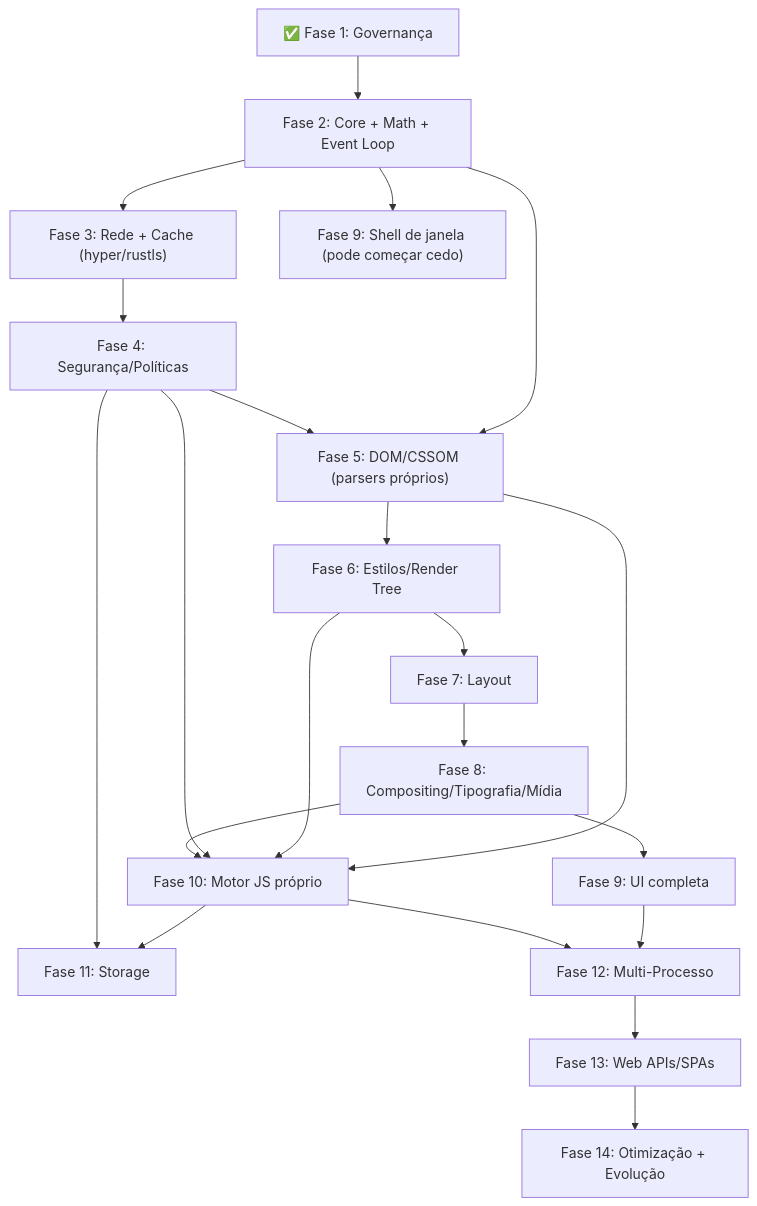
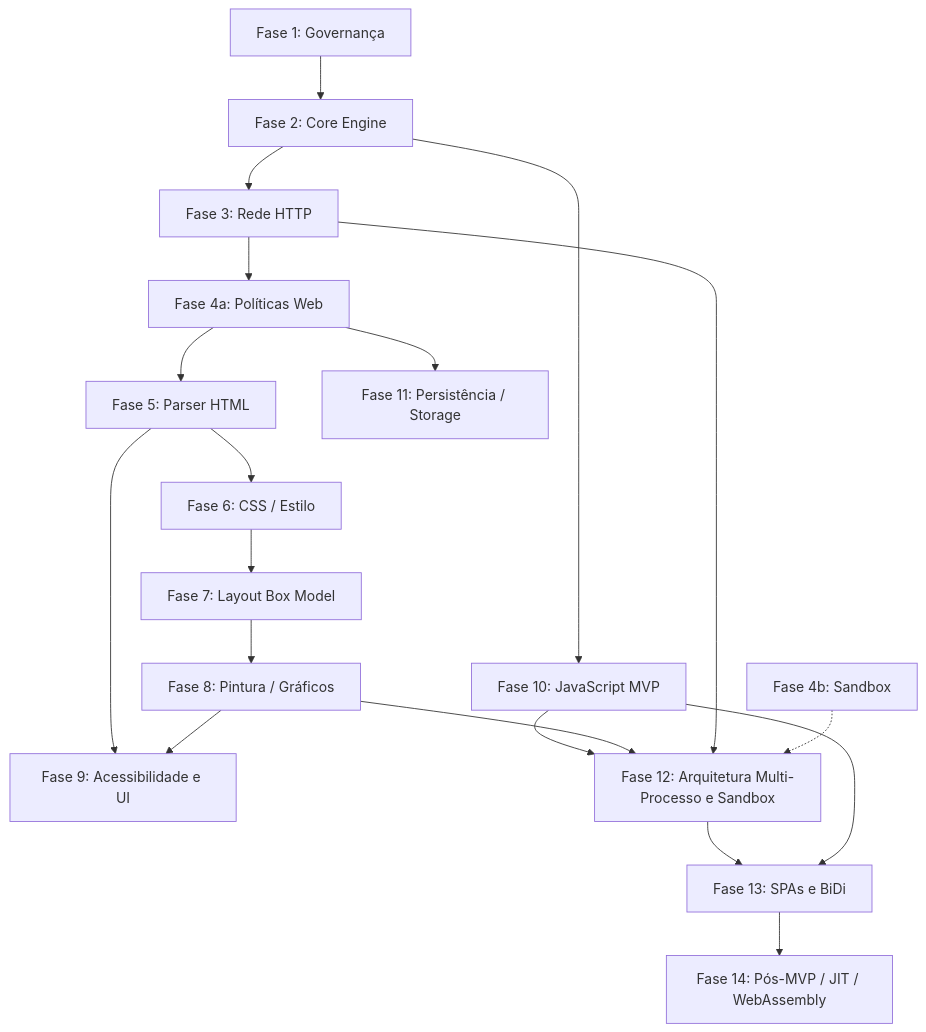
Before and after one commit to Alekkzsx/Albedo-Browser: the second of 2 diagrams in PLANO.md, drawn with Mermaid. The commit also changed other lines of this file and 2 other files, not shown here.

````diff
--- a/PLANO.md
+++ b/PLANO.md
@@ -702,23 +572,32 @@
 ```mermaid
 graph TD
-     F1["✅ Fase 1: Governança"] --> F2["Fase 2: Core + Math + Event Loop"]
-     F2 --> F3["Fase 3: Rede + Cache (hyper/rustls)"]
-     F2 --> F5["Fase 5: DOM/CSSOM (parsers próprios)"]
-     F2 --> F9s["Fase 9: Shell de janela (pode começar cedo)"]
-     F3 --> F4["Fase 4: Segurança/Políticas"]
-     F4 --> F5
-     F5 --> F6["Fase 6: Estilos/Render Tree"]
-     F6 --> F7["Fase 7: Layout"]
-     F7 --> F8["Fase 8: Compositing/Tipografia/Mídia"]
-     F8 --> F9["Fase 9: UI completa"]
-     F5 --> F10["Fase 10: Motor JS próprio"]
-     F6 --> F10
-     F4 --> F10
-     F8 --> F10
-     F10 --> F11["Fase 11: Storage"]
-     F4 --> F11
-     F9 --> F12["Fase 12: Multi-Processo"]
-     F10 --> F12
-     F12 --> F13["Fase 13: Web APIs/SPAs"]
-     F13 --> F14["Fase 14: Otimização + Evolução"]
+    F1[Fase 1: Governança] --> F2[Fase 2: Core Engine]
+    
+    %% Trilha JS Independente
+    F2 --> F10[Fase 10: JavaScript MVP]
+    
+    %% Trilha Web Principal
+    F2 --> F3[Fase 3: Rede HTTP]
+    F3 --> F4a[Fase 4a: Políticas Web]
+    F4a --> F5[Fase 5: Parser HTML]
+    
+    F5 --> F6[Fase 6: CSS / Estilo]
+    F6 --> F7[Fase 7: Layout Box Model]
+    F7 --> F8[Fase 8: Pintura / Gráficos]
+    
+    F5 --> F9[Fase 9: Acessibilidade e UI]
+    F8 --> F9
+    
+    F4a --> F11[Fase 11: Persistência / Storage]
+    
+    %% Convergência
+    F10 --> F12[Fase 12: Arquitetura Multi-Processo e Sandbox]
+    F8 --> F12
+    F3 --> F12
+    F4b[Fase 4b: Sandbox] -.-> F12
+    
+    F12 --> F13[Fase 13: SPAs e BiDi]
+    F10 --> F13
+    
+    F13 --> F14[Fase 14: Pós-MVP / JIT / WebAssembly]
 ```
````
